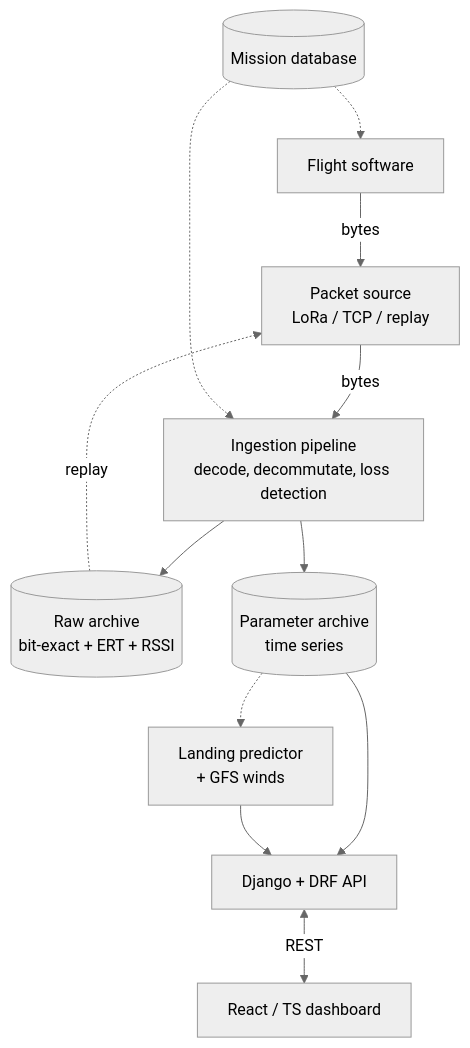
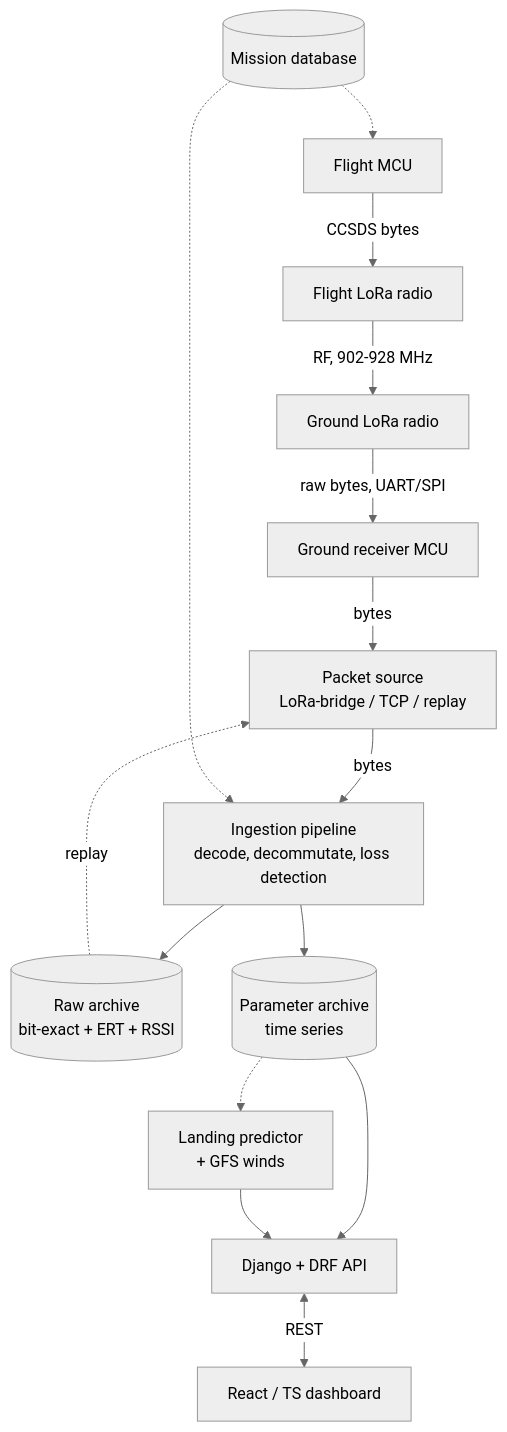
One commit to Ogmar/etana changed the first of 2 diagrams in docs/DESIGN.md. Above: the diagram before and after it, drawn with Mermaid (neutral theme). The commit also changed other lines of this file and 5 other files, not shown here.

First line of the commit message:
Document the ground receiver as a distinct hardware link, not a LoRa cloud

````diff
--- a/docs/DESIGN.md
+++ b/docs/DESIGN.md
@@ -89,16 +93,19 @@
 ```mermaid
 flowchart TD
-    FSW["Flight software"] -->|"bytes"| SEAM["Packet source<br/>LoRa / TCP / replay"]
+    FMCU["Flight MCU"] -->|"CCSDS bytes"| FLORA["Flight LoRa radio"]
+    FLORA -->|"RF, 902-928 MHz"| GLORA["Ground LoRa radio"]
+    GLORA -->|"raw bytes, UART/SPI"| GMCU["Ground receiver MCU"]
+    GMCU -->|"bytes"| SEAM["Packet source<br/>LoRa-bridge / TCP / replay"]
     SEAM -->|"bytes"| ING["Ingestion pipeline<br/>decode, decommutate, loss detection"]
     ING --> RAW[("Raw archive<br/>bit-exact + ERT + RSSI")]
     ING --> PARAM[("Parameter archive<br/>time series")]
     RAW -.->|"replay"| SEAM
     PARAM --> API["Django + DRF API"]
     API <-->|"REST"| DASH["React / TS dashboard"]
 
     MDB[("Mission database")]
-    MDB -.-> FSW
+    MDB -.-> FMCU
     MDB -.-> ING
     PRED["Landing predictor<br/>+ GFS winds"] --> API
     PARAM -.-> PRED
 ```
````
